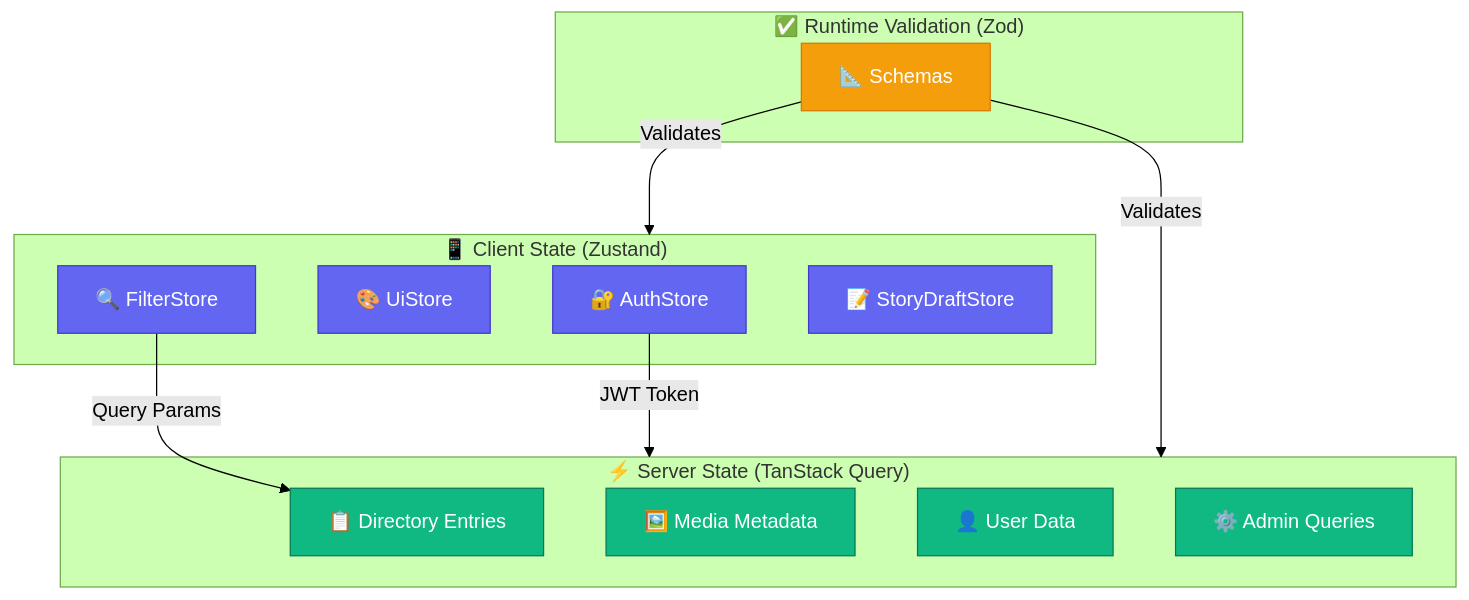
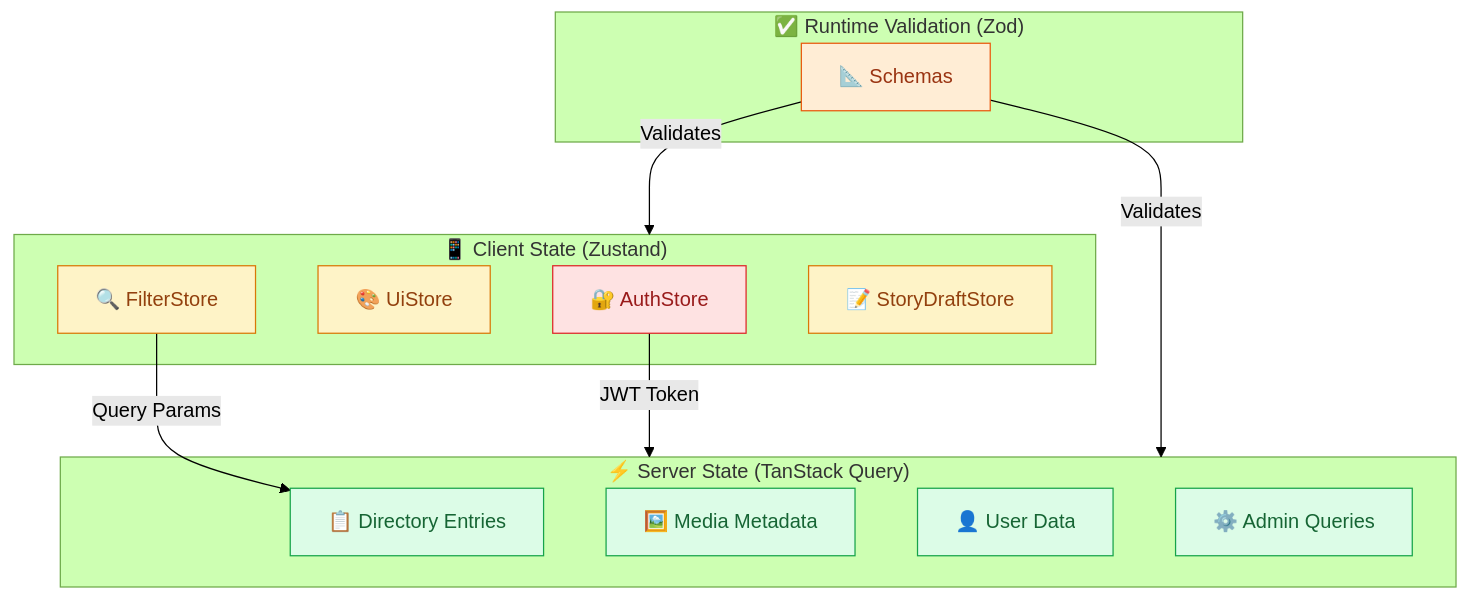
Before and after one commit to deznode/nosilha: the first of 3 diagrams in docs/state-management.md, drawn with Mermaid (forest theme). The commit also changed other lines of this file and 8 other files, not shown here.

````diff
--- a/docs/state-management.md
+++ b/docs/state-management.md
@@ -11,35 +11,35 @@
 ```mermaid
 flowchart TB
     subgraph Client["📱 Client State (Zustand)"]
         auth["🔐 AuthStore"]
         ui["🎨 UiStore"]
         filter["🔍 FilterStore"]
         draft["📝 StoryDraftStore"]
     end
 
     subgraph Server["⚡ Server State (TanStack Query)"]
         directory["📋 Directory Entries"]
         media["🖼️ Media Metadata"]
         user["👤 User Data"]
         admin["⚙️ Admin Queries"]
     end
 
     subgraph Validation["✅ Runtime Validation (Zod)"]
         schemas["📐 Schemas"]
     end
 
     auth --> |"JWT Token"| Server
     filter --> |"Query Params"| directory
     schemas --> |"Validates"| Server
     schemas --> |"Validates"| Client
 
-    style auth fill:#6366f1,stroke:#4338ca,color:#fff
-    style ui fill:#6366f1,stroke:#4338ca,color:#fff
-    style filter fill:#6366f1,stroke:#4338ca,color:#fff
-    style draft fill:#6366f1,stroke:#4338ca,color:#fff
-    style directory fill:#10b981,stroke:#047857,color:#fff
-    style media fill:#10b981,stroke:#047857,color:#fff
-    style user fill:#10b981,stroke:#047857,color:#fff
-    style admin fill:#10b981,stroke:#047857,color:#fff
-    style schemas fill:#f59e0b,stroke:#d97706,color:#fff
+    style auth fill:#fee2e2,stroke:#dc2626,color:#991b1b
+    style ui fill:#fef3c7,stroke:#d97706,color:#92400e
+    style filter fill:#fef3c7,stroke:#d97706,color:#92400e
+    style draft fill:#fef3c7,stroke:#d97706,color:#92400e
+    style directory fill:#dcfce7,stroke:#16a34a,color:#166534
+    style media fill:#dcfce7,stroke:#16a34a,color:#166534
+    style user fill:#dcfce7,stroke:#16a34a,color:#166534
+    style admin fill:#dcfce7,stroke:#16a34a,color:#166534
+    style schemas fill:#ffedd5,stroke:#ea580c,color:#9a3412
 ```
````
